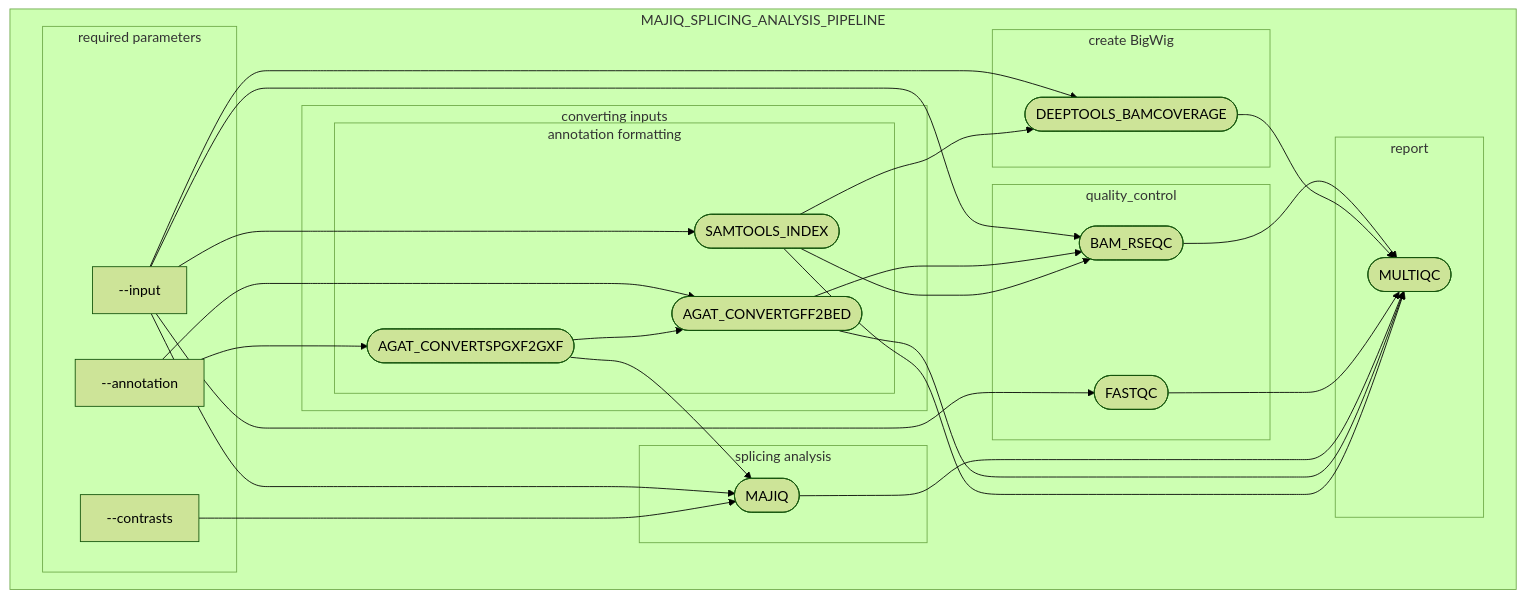
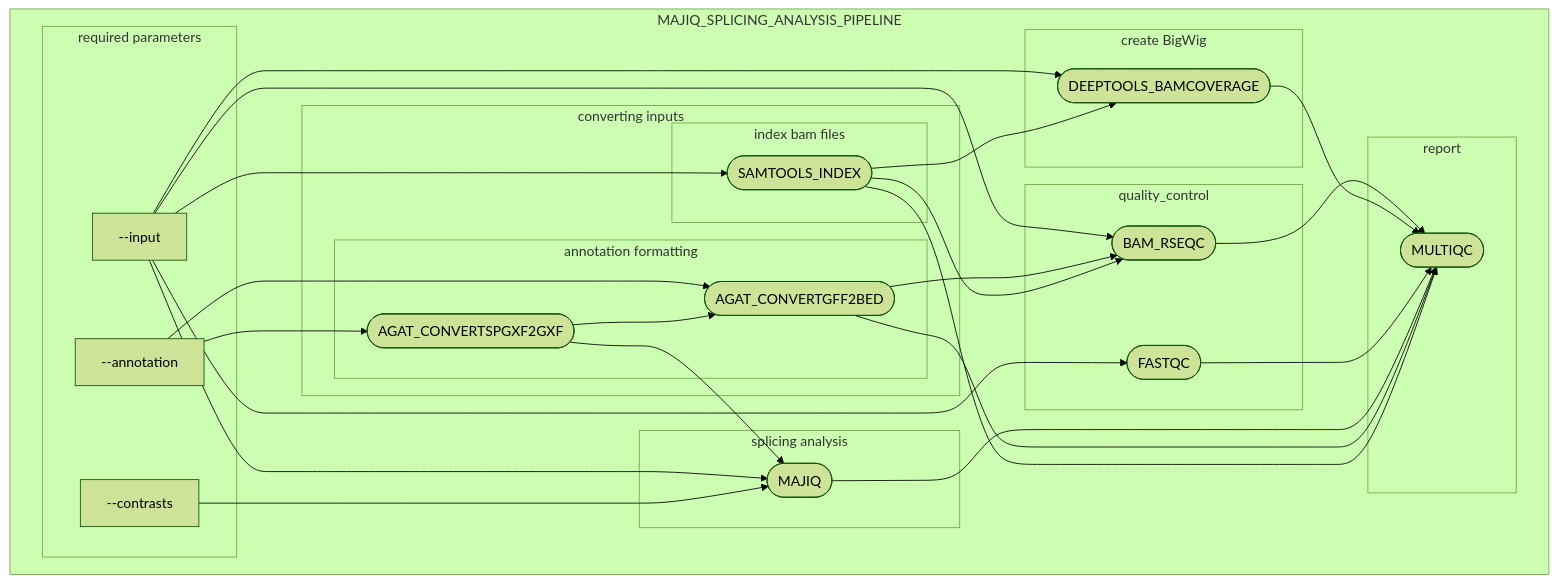
One commit to ZarnackGroup/majiq_splicing_analysis_pipeline changed the diagram in README.md. Above: the diagram before and after it, drawn with Mermaid (forest theme).

Commit message:
updated mermaid

````diff
--- a/README.md
+++ b/README.md
@@ -14,53 +14,53 @@
 ```mermaid
 flowchart TB
   subgraph MAJIQ_SPLICING_ANALYSIS_PIPELINE
     subgraph required parameters
       v0["--input"]
       v2["--annotation"]
       v1["--contrasts"]
     end
 
     subgraph s20["converting inputs"]
-          subgraph s2["annotation formatting"]
+          subgraph s100["index bam files"]
                v15([SAMTOOLS_INDEX])
           end
           subgraph s2["annotation formatting"]
                v9([AGAT_CONVERTSPGXF2GXF])
                v12([AGAT_CONVERTGFF2BED])
           end
      end
     subgraph s3["splicing analysis"]
       v25([MAJIQ])
     end
     subgraph s4["create BigWig"]
       v19([DEEPTOOLS_BAMCOVERAGE])
     end
     subgraph s7["quality_control"]
       v32([BAM_RSEQC])
       v22([FASTQC])
     end
     subgraph report
       v63([MULTIQC])
     end
     v0 --> v15
     v0 --> v19
     v15 --> v19
     v0 --> v22
     v0 --> v25
     v1 --> v25
     v0 --> v32
     v2 --> v9
     v2 --> v12
     v9 --> v12
     v9 --> v25
     v12 --> v32
     v15 --> v32
     v32 --> v63
     v19 --> v63
     v22 --> v63
     v25 --> v63
     v12 --> v63
     v15 --> v63
   end
 
 ```
````
